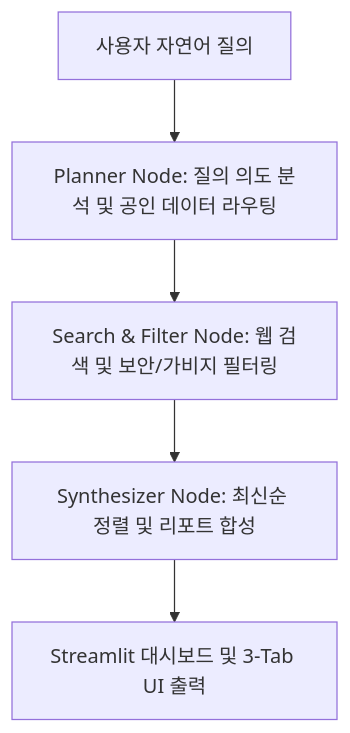
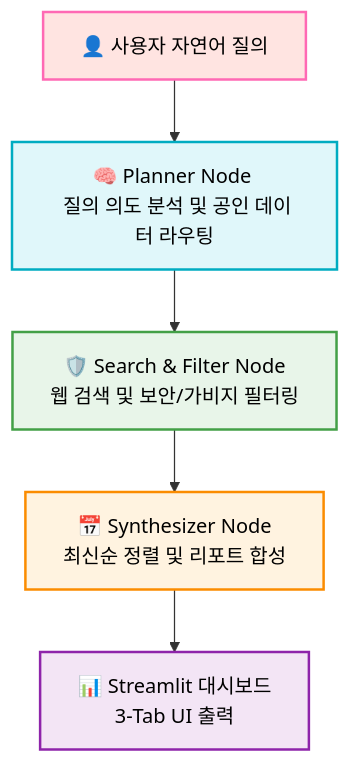
One commit to sbg990530/Document-Agent changed the diagram in README.md. Above: the diagram before and after it, drawn with Mermaid.

````diff
--- a/README.md
+++ b/README.md
@@ -19,7 +19,13 @@
 ```mermaid
 graph TD
-    A[사용자 자연어 질의] --> B[Planner Node: 질의 의도 분석 및 공인 데이터 라우팅]
-    B --> C[Search & Filter Node: 웹 검색 및 보안/가비지 필터링]
-    C --> D[Synthesizer Node: 최신순 정렬 및 리포트 합성]
-    D --> E[Streamlit 대시보드 및 3-Tab UI 출력]
+    classDef userStyle fill:#FFE4E1,stroke:#FF69B4,stroke-width:2px,color:#000;
+    classDef plannerStyle fill:#E0F7FA,stroke:#00ACC1,stroke-width:2px,color:#000;
+    classDef filterStyle fill:#E8F5E9,stroke:#43A047,stroke-width:2px,color:#000;
+    classDef synthStyle fill:#FFF3E0,stroke:#FB8C00,stroke-width:2px,color:#000;
+    classDef uiStyle fill:#F3E5F5,stroke:#8E24AA,stroke-width:2px,color:#000;
+
+    A[👤 사용자 자연어 질의]:::userStyle --> B[🧠 Planner Node <br/> 질의 의도 분석 및 공인 데이터 라우팅]:::plannerStyle
+    B --> C[🛡️ Search & Filter Node <br/> 웹 검색 및 보안/가비지 필터링]:::filterStyle
+    C --> D[📅 Synthesizer Node <br/> 최신순 정렬 및 리포트 합성]:::synthStyle
+    D --> E[📊 Streamlit 대시보드 <br/> 3-Tab UI 출력]:::uiStyle
 ```
````
